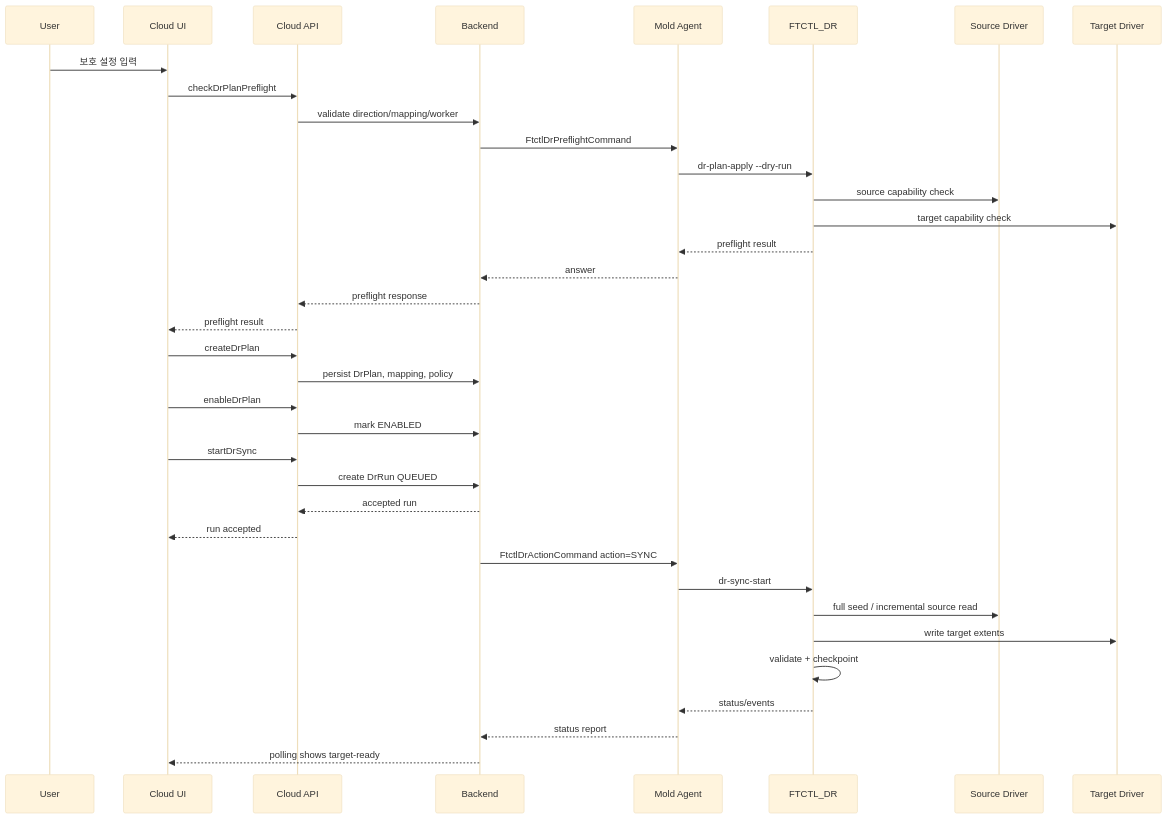
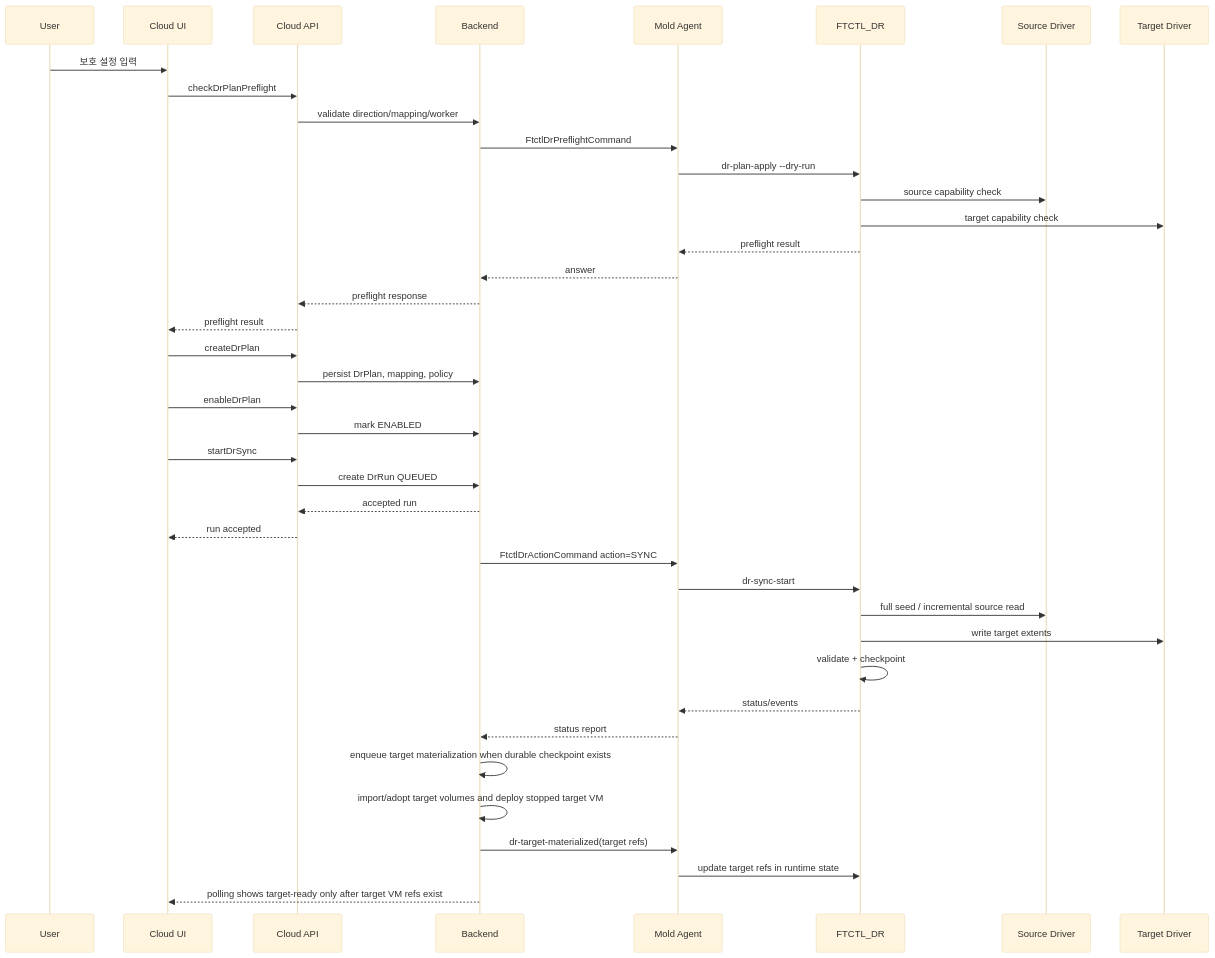
The second of 7 diagrams in docs/ftctl/522-cross-hypervisor-dr-protection-failover-failback-sequence-design-20260701.md (dhslove/ablestack-cloud), drawn with Mermaid (base theme) before and after one commit. The commit also changed other lines of this file and 251 other files, not shown here.

````diff
--- a/docs/ftctl/522-cross-hypervisor-dr-protection-failover-failback-sequence-design-20260701.md
+++ b/docs/ftctl/522-cross-hypervisor-dr-protection-failover-failback-sequence-design-20260701.md
@@ -63,39 +63,43 @@
 ```mermaid
 sequenceDiagram
   participant U as User
   participant UI as Cloud UI
   participant API as Cloud API
   participant B as Backend
   participant A as Mold Agent
   participant F as FTCTL_DR
   participant S as Source Driver
   participant T as Target Driver
 
   U->>UI: 보호 설정 입력
   UI->>API: checkDrPlanPreflight
   API->>B: validate direction/mapping/worker
   B->>A: FtctlDrPreflightCommand
   A->>F: dr-plan-apply --dry-run
   F->>S: source capability check
   F->>T: target capability check
   F-->>A: preflight result
   A-->>B: answer
   B-->>API: preflight response
   API-->>UI: preflight result
   UI->>API: createDrPlan
   API->>B: persist DrPlan, mapping, policy
   UI->>API: enableDrPlan
   API->>B: mark ENABLED
   UI->>API: startDrSync
   API->>B: create DrRun QUEUED
   B-->>API: accepted run
   API-->>UI: run accepted
   B->>A: FtctlDrActionCommand action=SYNC
   A->>F: dr-sync-start
   F->>S: full seed / incremental source read
   F->>T: write target extents
   F->>F: validate + checkpoint
   F-->>A: status/events
   A-->>B: status report
-  B-->>UI: polling shows target-ready
+  B->>B: enqueue target materialization when durable checkpoint exists
+  B->>B: import/adopt target volumes and deploy stopped target VM
+  B->>A: dr-target-materialized(target refs)
+  A->>F: update target refs in runtime state
+  B-->>UI: polling shows target-ready only after target VM refs exist
 ```
````
